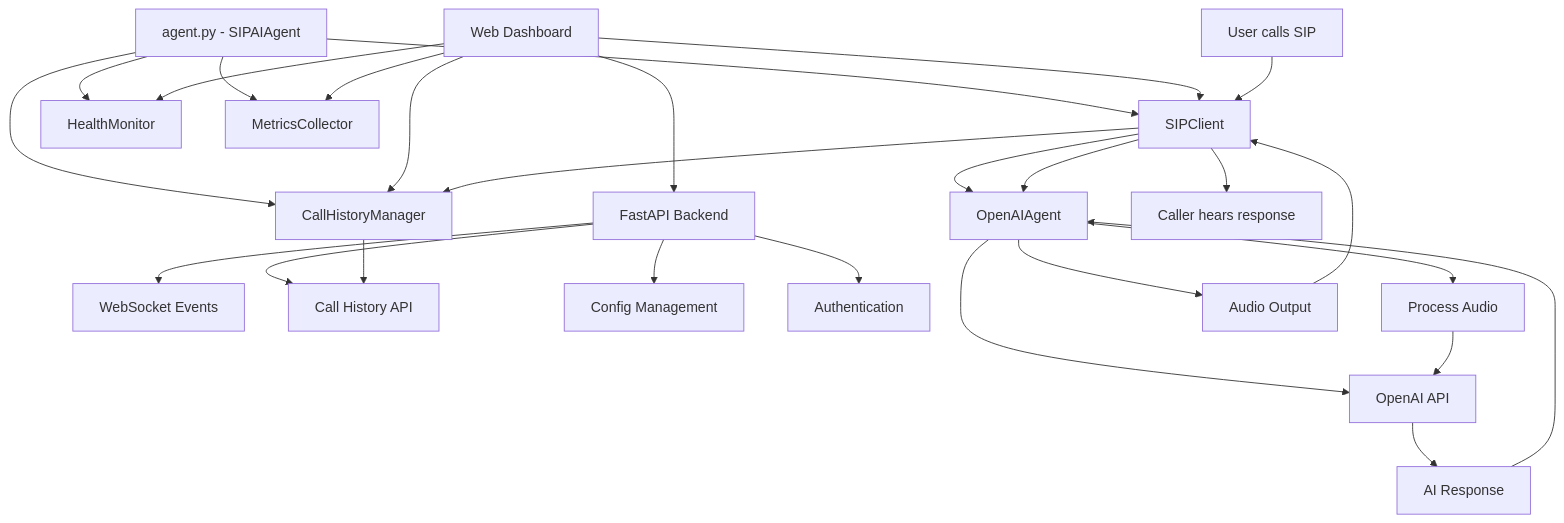
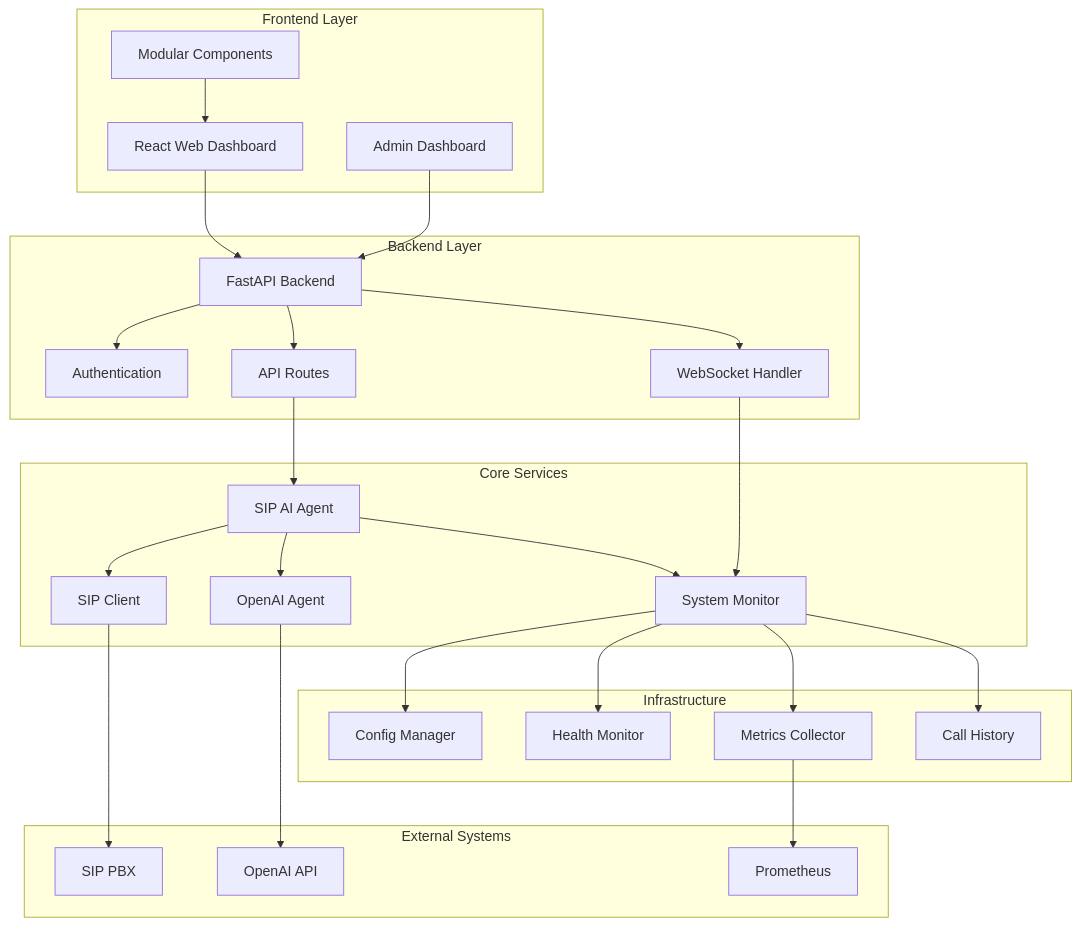
One commit to vaheed/sip-ai-agent changed the diagram in README.md. Above: the diagram before and after it, drawn with Mermaid. The commit also changed other lines of this file and 34 other files, not shown here.

````diff
--- a/README.md
+++ b/README.md
@@ -45,33 +45,60 @@
 ```mermaid
-graph TD
-    A[agent.py - SIPAIAgent] --> B[SIPClient]
-    A --> C[HealthMonitor]
-    A --> D[MetricsCollector]
-    A --> E[CallHistoryManager]
-    B --> F[OpenAIAgent]
-    F --> G[OpenAI API]
+graph TB
+    subgraph "Frontend Layer"
+        UI[React Web Dashboard]
+        ADMIN[Admin Dashboard]
+        COMPONENTS[Modular Components]
+    end
     
-    H[Web Dashboard] --> I[FastAPI Backend]
-    I --> J[WebSocket Events]
-    I --> K[Call History API]
-    I --> L[Config Management]
-    I --> M[Authentication]
+    subgraph "Backend Layer"
+        FASTAPI[FastAPI Backend]
+        AUTH[Authentication]
+        API[API Routes]
+        WS[WebSocket Handler]
+    end
     
-    H --> B
-    H --> C
-    H --> D
-    H --> E
+    subgraph "Core Services"
+        AGENT[SIP AI Agent]
+        SIP[SIP Client]
+        OPENAI[OpenAI Agent]
+        MONITOR[System Monitor]
+    end
     
-    N[User calls SIP] --> B
-    B --> F
-    F --> O[Process Audio]
-    O --> G
-    G --> P[AI Response]
-    P --> F
-    F --> Q[Audio Output]
-    Q --> B
-    B --> R[Caller hears response]
+    subgraph "Infrastructure"
+        CONFIG[Config Manager]
+        HEALTH[Health Monitor]
+        METRICS[Metrics Collector]
+        HISTORY[Call History]
+    end
     
-    B --> E
-    E --> K
+    subgraph "External Systems"
+        PBX[SIP PBX]
+        OPENAI_API[OpenAI API]
+        PROMETHEUS[Prometheus]
+    end
+    
+    UI --> FASTAPI
+    ADMIN --> FASTAPI
+    COMPONENTS --> UI
+    
+    FASTAPI --> AUTH
+    FASTAPI --> API
+    FASTAPI --> WS
+    
+    AGENT --> SIP
+    AGENT --> OPENAI
+    AGENT --> MONITOR
+    
+    SIP --> PBX
+    OPENAI --> OPENAI_API
+    
+    MONITOR --> HEALTH
+    MONITOR --> METRICS
+    MONITOR --> HISTORY
+    MONITOR --> CONFIG
+    
+    METRICS --> PROMETHEUS
+    
+    API --> AGENT
+    WS --> MONITOR
 ```
````
